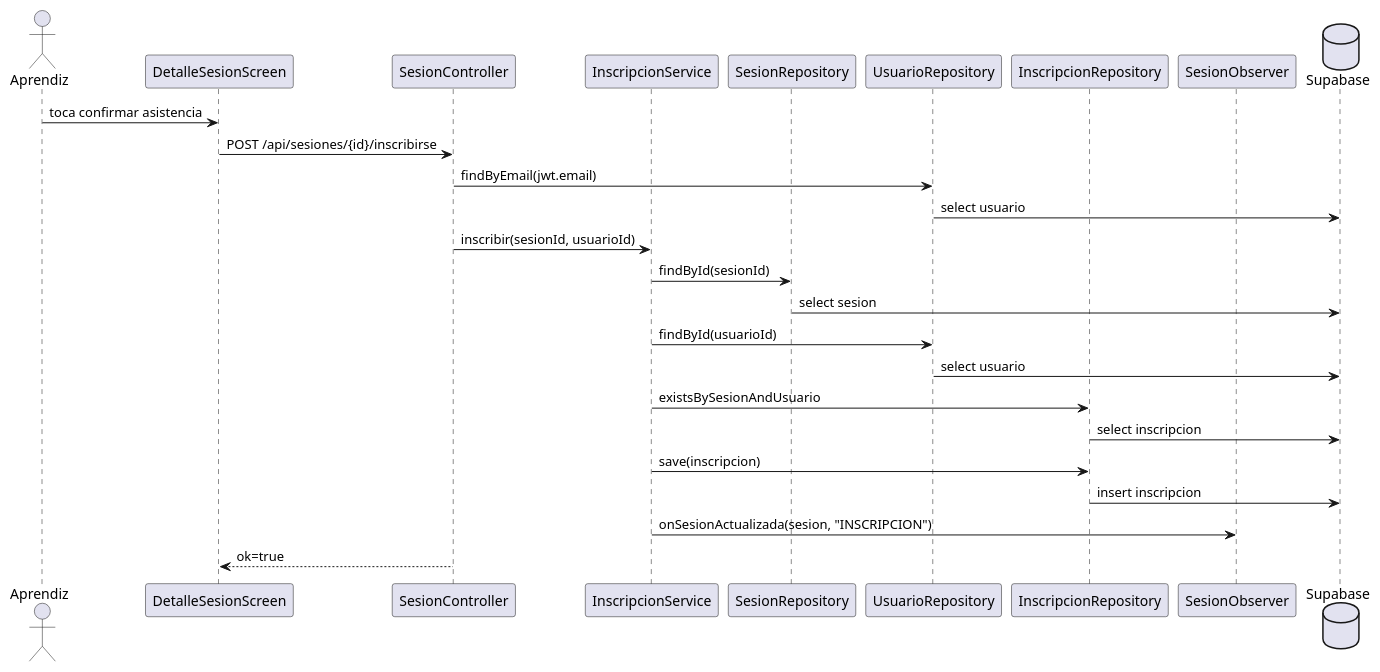
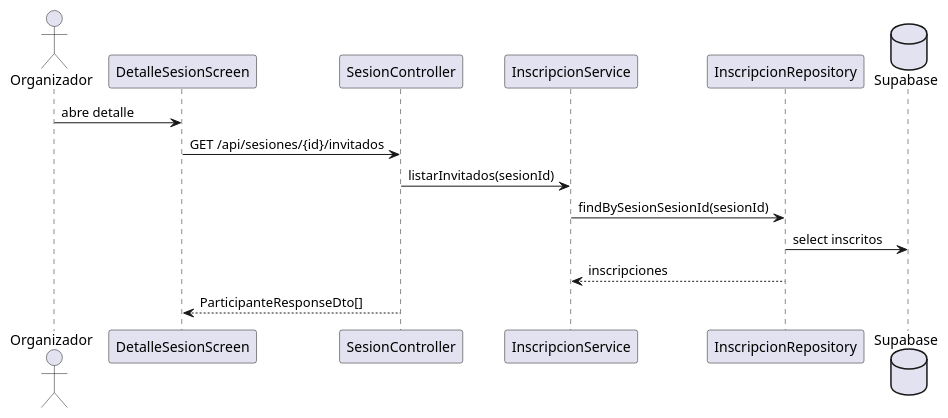
Diagram 17 of 19 in docs/analisis_release1_y_diagramas.md (GioVxsquez/SkillSharing-IS2), drawn with PlantUML before and after one commit. The commit also changed other lines of this file and 3 other files, not shown here.

Commit message:
actualiza frontend y diagramas del release 1

````diff
--- a/docs/analisis_release1_y_diagramas.md
+++ b/docs/analisis_release1_y_diagramas.md
@@ -472,29 +711,18 @@
 ```plantuml
 @startuml
-actor Aprendiz
+actor Organizador
 participant "DetalleSesionScreen" as app
-participant "SesionController" as controller
+participant "SesionController" as ctrl
 participant "InscripcionService" as service
-participant "SesionRepository" as sesionRepo
-participant "UsuarioRepository" as userRepo
-participant "InscripcionRepository" as insRepo
-participant "SesionObserver" as observer
+participant "InscripcionRepository" as repo
 database "Supabase" as db
 
-Aprendiz -> app : toca confirmar asistencia
-app -> controller : POST /api/sesiones/{id}/inscribirse
-controller -> userRepo : findByEmail(jwt.email)
-userRepo -> db : select usuario
-controller -> service : inscribir(sesionId, usuarioId)
-service -> sesionRepo : findById(sesionId)
-sesionRepo -> db : select sesion
-service -> userRepo : findById(usuarioId)
-userRepo -> db : select usuario
-service -> insRepo : existsBySesionAndUsuario
-insRepo -> db : select inscripcion
-service -> insRepo : save(inscripcion)
-insRepo -> db : insert inscripcion
-service -> observer : onSesionActualizada(sesion, "INSCRIPCION")
-controller --> app : ok=true
+Organizador -> app : abre detalle
+app -> ctrl : GET /api/sesiones/{id}/invitados
+ctrl -> service : listarInvitados(sesionId)
+service -> repo : findBySesionSesionId(sesionId)
+repo -> db : select inscritos
+repo --> service : inscripciones
+ctrl --> app : ParticipanteResponseDto[]
 @enduml
 ```
````
